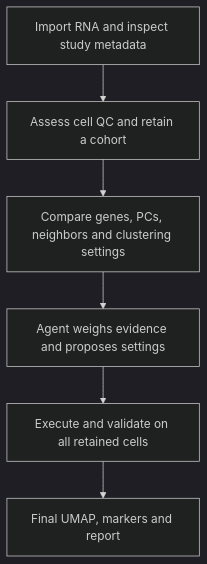
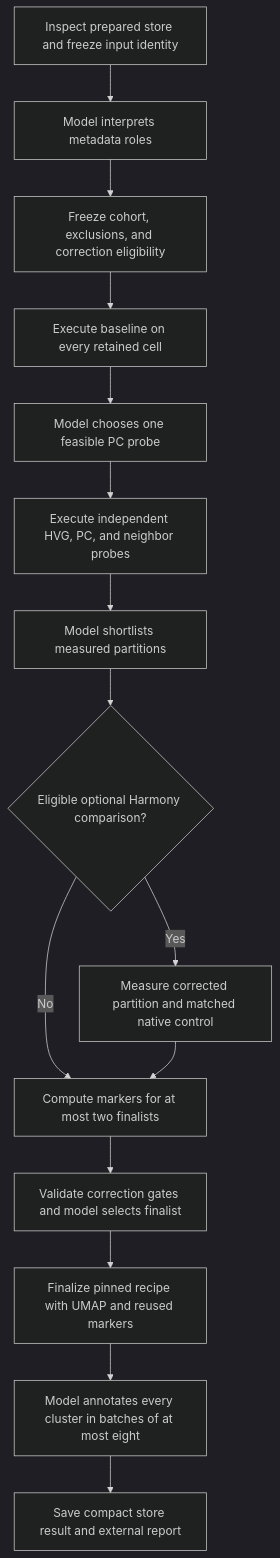
One commit to Gautam8387/scarf changed the diagram in docs/source/tutorials/agent_workflow.md. Above: the diagram before and after it, drawn with Mermaid (dark theme). The commit also changed other lines of this file and 231 other files, not shown here.

First line of the commit message:
Added agent skill & reimplement Scarf agents with bounded RNA exploration and auditable runs (#208)

````diff
--- a/docs/source/tutorials/agent_workflow.md
+++ b/docs/source/tutorials/agent_workflow.md
@@ -101,8 +91,17 @@
 ```{mermaid}
 flowchart TD
-    A[Import RNA and inspect study metadata] --> B[Assess cell QC and retain a cohort]
-    B --> C[Compare genes, PCs, neighbors and clustering settings]
-    C --> D[Agent weighs evidence and proposes settings]
-    D --> E[Execute and validate on all retained cells]
-    E --> F[Final UMAP, markers and report]
+    A[Inspect prepared store and freeze input identity] --> B[Model interprets metadata roles]
+    B --> C[Freeze cohort, exclusions, and correction eligibility]
+    C --> D[Execute baseline on every retained cell]
+    D --> E[Model chooses one feasible PC probe]
+    E --> F[Execute independent HVG, PC, and neighbor probes]
+    F --> G[Model shortlists measured partitions]
+    G --> H{Eligible optional Harmony comparison?}
+    H -->|Yes| I[Measure corrected partition and matched native control]
+    H -->|No| J[Compute markers for at most two finalists]
+    I --> J
+    J --> K[Validate correction gates and model selects finalist]
+    K --> L[Finalize pinned recipe with UMAP and reused markers]
+    L --> M[Model annotates every cluster in batches of at most eight]
+    M --> N[Save compact store result and external report]
 ```
````
